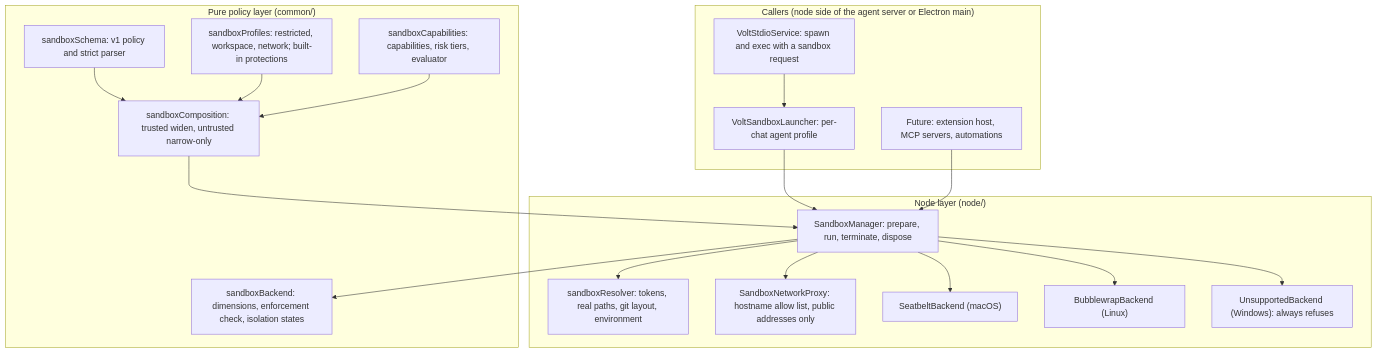
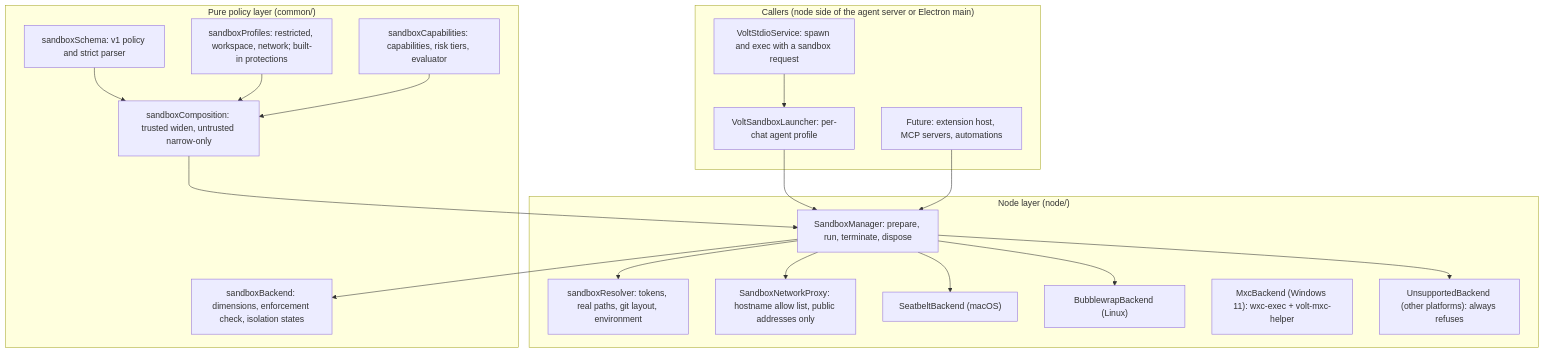
Before and after one commit to LeulAria/volt: the diagram in docs/security/sandbox/02-design.md, drawn with Mermaid. The commit also changed other lines of this file and 1 other file, not shown here.

Commit message:
docs(sandbox): Windows MXC backend in the design and limitations

````diff
--- a/docs/security/sandbox/02-design.md
+++ b/docs/security/sandbox/02-design.md
@@ -7,34 +7,35 @@
 ```mermaid
 flowchart TB
   subgraph callers["Callers (node side of the agent server or Electron main)"]
     stdio["VoltStdioService: spawn and exec with a sandbox request"]
     launcher["VoltSandboxLauncher: per-chat agent profile"]
     future["Future: extension host, MCP servers, automations"]
   end
   subgraph common["Pure policy layer (common/)"]
     schema["sandboxSchema: v1 policy and strict parser"]
     profiles["sandboxProfiles: restricted, workspace, network; built-in protections"]
     compose["sandboxComposition: trusted widen, untrusted narrow-only"]
     caps["sandboxCapabilities: capabilities, risk tiers, evaluator"]
     backendTypes["sandboxBackend: dimensions, enforcement check, isolation states"]
   end
   subgraph node["Node layer (node/)"]
     manager["SandboxManager: prepare, run, terminate, dispose"]
     resolver["sandboxResolver: tokens, real paths, git layout, environment"]
     proxy["SandboxNetworkProxy: hostname allow list, public addresses only"]
     seat["SeatbeltBackend (macOS)"]
     bwrap["BubblewrapBackend (Linux)"]
-    none["UnsupportedBackend (Windows): always refuses"]
+    mxc["MxcBackend (Windows 11): wxc-exec + volt-mxc-helper"]
+    none["UnsupportedBackend (other platforms): always refuses"]
   end
   stdio --> launcher --> manager
   future --> manager
   schema --> compose --> manager
   profiles --> compose
   caps --> compose
   manager --> resolver
   manager --> proxy
   manager --> backendTypes
   manager --> seat
   manager --> bwrap
   manager --> none
 ```
````
